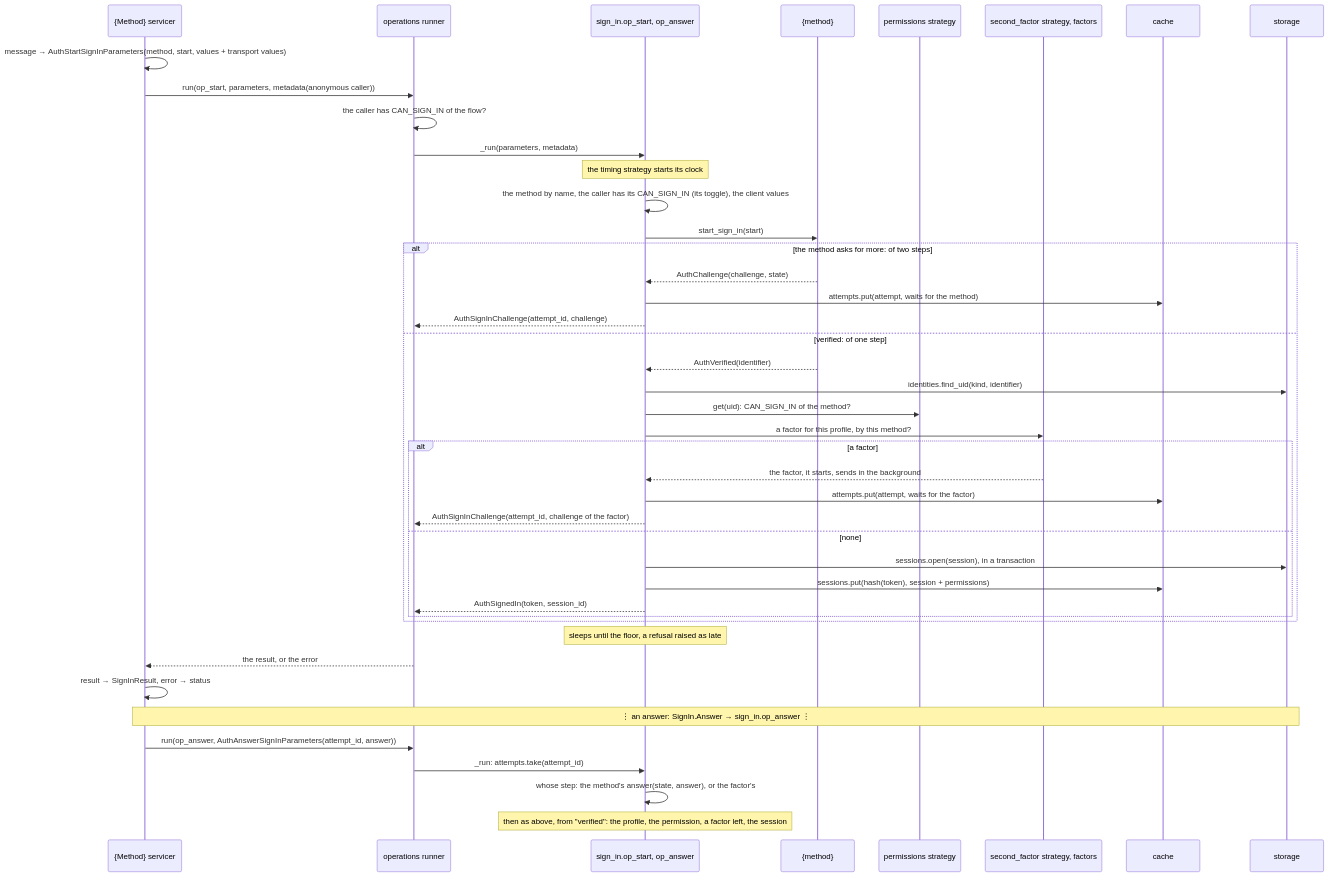
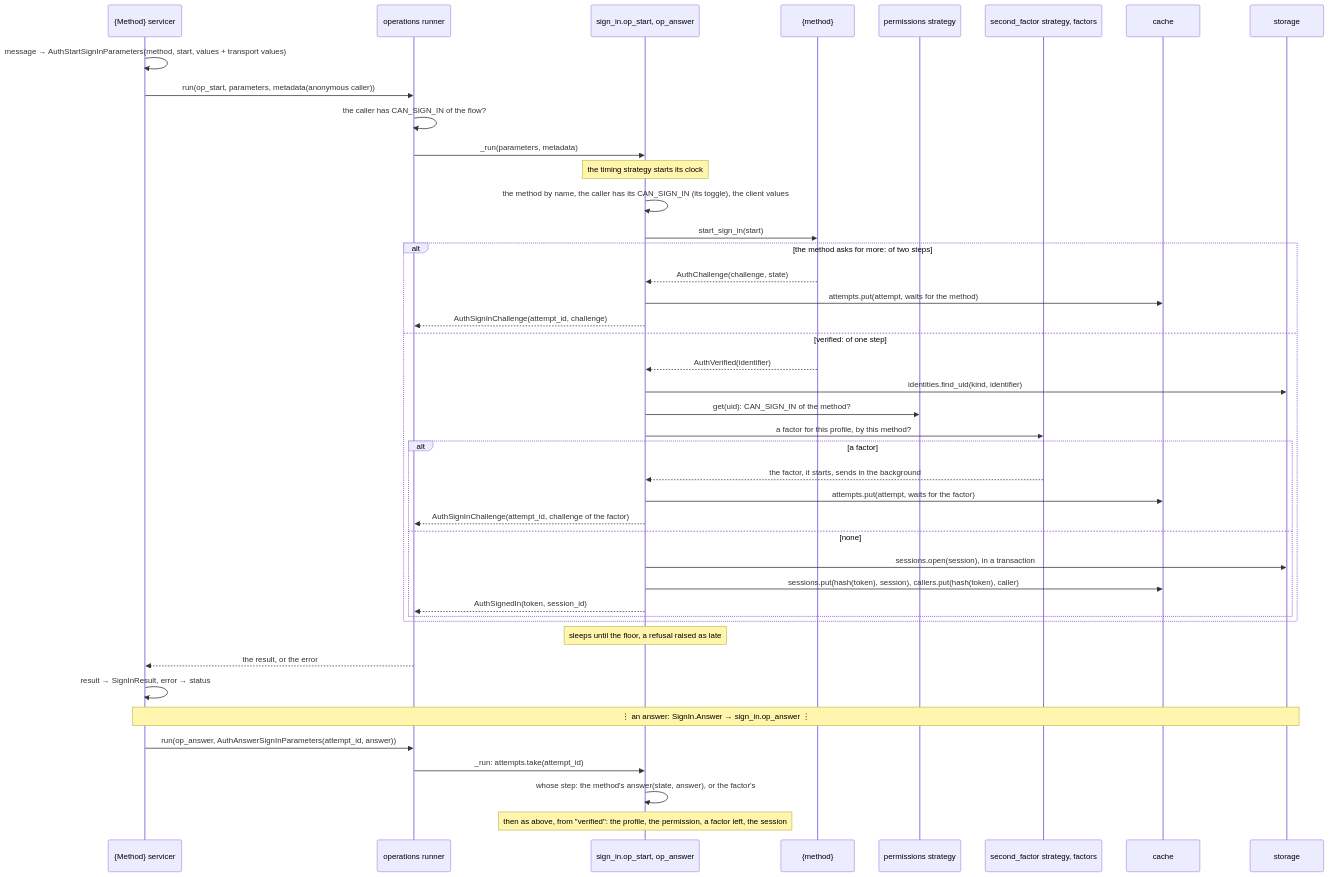
Before and after one commit to ak-ingots/ingots-libs: the third of 4 diagrams in docs/design/auth/methods/README.md, drawn with Mermaid. The commit also changed 4 other files, not shown here.

````diff
--- a/docs/design/auth/methods/README.md
+++ b/docs/design/auth/methods/README.md
@@ -223,45 +223,45 @@
 ```mermaid
 sequenceDiagram
     participant Servicer as {Method} servicer
     participant Runner as operations runner
     participant Flow as sign_in.op_start, op_answer
     participant Method as {method}
     participant Perms as permissions strategy
     participant Factor as second_factor strategy, factors
     participant Cache as cache
     participant Storage as storage
     Servicer->>Servicer: message → AuthStartSignInParameters(method, start, values + transport values)
     Servicer->>Runner: run(op_start, parameters, metadata(anonymous caller))
     Runner->>Runner: the caller has CAN_SIGN_IN of the flow?
     Runner->>Flow: _run(parameters, metadata)
     Note over Flow: the timing strategy starts its clock
     Flow->>Flow: the method by name, the caller has its CAN_SIGN_IN (its toggle), the client values
     Flow->>Method: start_sign_in(start)
     alt the method asks for more: of two steps
         Method-->>Flow: AuthChallenge(challenge, state)
         Flow->>Cache: attempts.put(attempt, waits for the method)
         Flow-->>Runner: AuthSignInChallenge(attempt_id, challenge)
     else verified: of one step
         Method-->>Flow: AuthVerified(identifier)
         Flow->>Storage: identities.find_uid(kind, identifier)
         Flow->>Perms: get(uid): CAN_SIGN_IN of the method?
         Flow->>Factor: a factor for this profile, by this method?
         alt a factor
             Factor-->>Flow: the factor, it starts, sends in the background
             Flow->>Cache: attempts.put(attempt, waits for the factor)
             Flow-->>Runner: AuthSignInChallenge(attempt_id, challenge of the factor)
         else none
             Flow->>Storage: sessions.open(session), in a transaction
-            Flow->>Cache: sessions.put(hash(token), session + permissions)
+            Flow->>Cache: sessions.put(hash(token), session), callers.put(hash(token), caller)
             Flow-->>Runner: AuthSignedIn(token, session_id)
         end
     end
     Note over Flow: sleeps until the floor, a refusal raised as late
     Runner-->>Servicer: the result, or the error
     Servicer->>Servicer: result → SignInResult, error → status
     Note over Servicer,Storage: ⋮ an answer: SignIn.Answer → sign_in.op_answer ⋮
     Servicer->>Runner: run(op_answer, AuthAnswerSignInParameters(attempt_id, answer))
     Runner->>Flow: _run: attempts.take(attempt_id)
     Flow->>Flow: whose step: the method's answer(state, answer), or the factor's
     Note over Flow: then as above, from "verified": the profile, the permission, a factor left, the session
 ```
````
